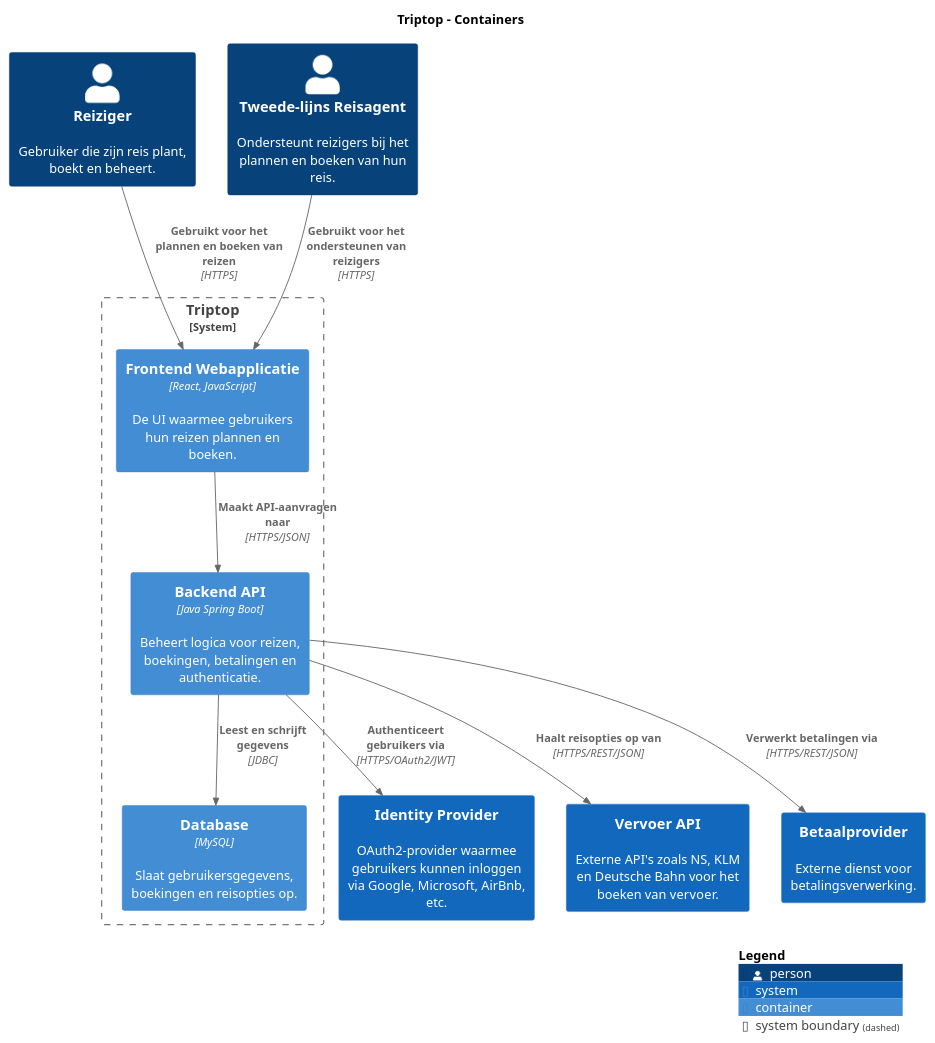
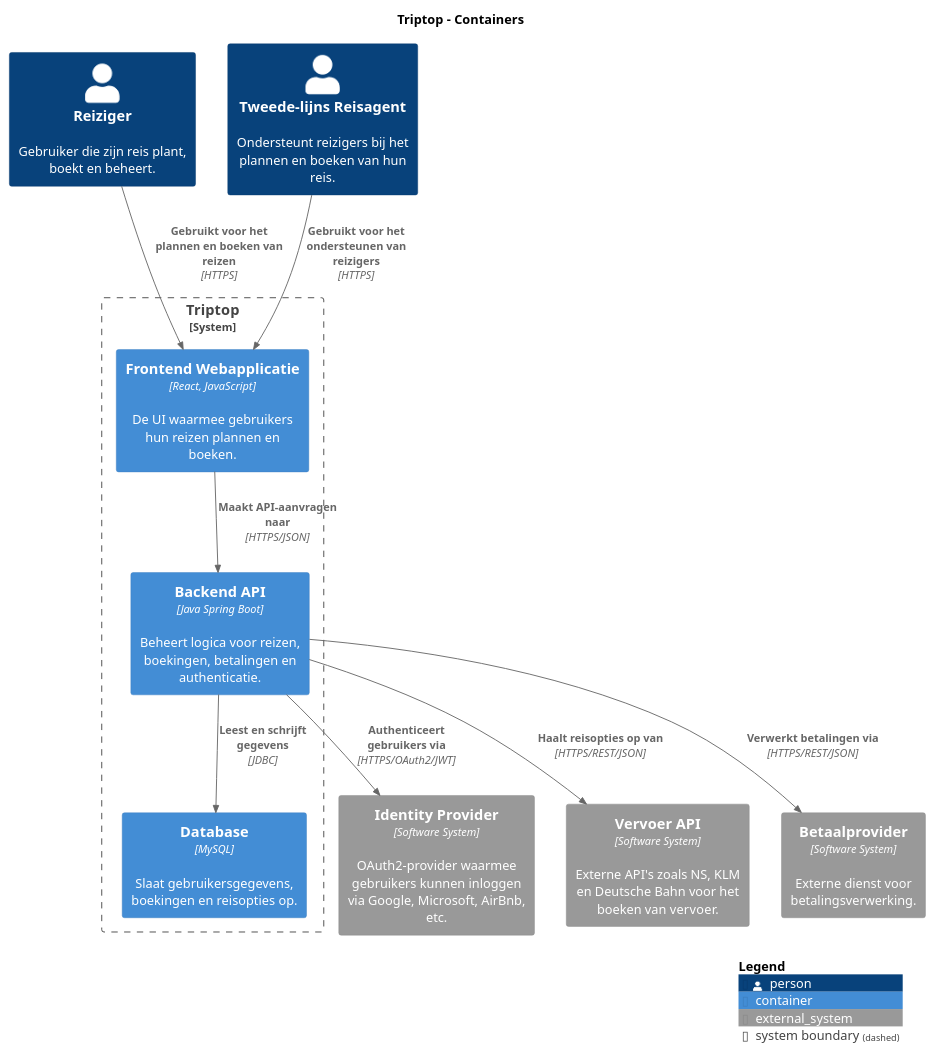
The diagram in software-guidebook/FlightOffers.plantuml (AIM-ENE-feb25/triptop-groep-3-pedro-ramon-mees), drawn with PlantUML before and after one commit.

Commit message:
Update FlightOffers.plantuml
Replaced system with external systems

```diff
--- a/software-guidebook/FlightOffers.plantuml
+++ b/software-guidebook/FlightOffers.plantuml
@@ -1,32 +1,32 @@
 @startuml
 set separator none
 title Triptop - Containers
 
 top to bottom direction
 
 !include <C4/C4>
 !include <C4/C4_Context>
 !include <C4/C4_Container>
 
 Person(Reiziger, "Reiziger", $descr="Gebruiker die zijn reis plant, boekt en beheert.", $tags="", $link="")
 Person(TweedelijnsReisagent, "Tweede-lijns Reisagent", $descr="Ondersteunt reizigers bij het plannen en boeken van hun reis.", $tags="", $link="")
-System(IdentityProvider, "Identity Provider", $descr="OAuth2-provider waarmee gebruikers kunnen inloggen via Google, Microsoft, AirBnb, etc.", $tags="", $link="")
-System(VervoerAPI, "Vervoer API", $descr="Externe API's zoals NS, KLM en Deutsche Bahn voor het boeken van vervoer.", $tags="", $link="")
-System(Betaalprovider, "Betaalprovider", $descr="Externe dienst voor betalingsverwerking.", $tags="", $link="")
+System_Ext(IdentityProvider, "Identity Provider", $descr="OAuth2-provider waarmee gebruikers kunnen inloggen via Google, Microsoft, AirBnb, etc.", $type="Software System", $tags="", $link="")
+System_Ext(VervoerAPI, "Vervoer API", $descr="Externe API's zoals NS, KLM en Deutsche Bahn voor het boeken van vervoer.", $type="Software System", $tags="", $link="")
+System_Ext(Betaalprovider, "Betaalprovider", $descr="Externe dienst voor betalingsverwerking.", $type="Software System",$tags="", $link="")
 
 System_Boundary("Triptop_boundary", "Triptop", $tags="") {
   Container(Triptop.FrontendWebapplicatie, "Frontend Webapplicatie", $techn="React, JavaScript", $descr="De UI waarmee gebruikers hun reizen plannen en boeken.", $tags="", $link="")
   Container(Triptop.BackendAPI, "Backend API", $techn="Java Spring Boot", $descr="Beheert logica voor reizen, boekingen, betalingen en authenticatie.", $tags="", $link="")
   Container(Triptop.Database, "Database", $techn="MySQL", $descr="Slaat gebruikersgegevens, boekingen en reisopties op.", $tags="", $link="")
 }
 
 Rel(Reiziger, Triptop.FrontendWebapplicatie, "Gebruikt voor het plannen en boeken van reizen", $techn="HTTPS", $tags="", $link="")
 Rel(TweedelijnsReisagent, Triptop.FrontendWebapplicatie, "Gebruikt voor het ondersteunen van reizigers", $techn="HTTPS", $tags="", $link="")
 Rel(Triptop.FrontendWebapplicatie, Triptop.BackendAPI, "Maakt API-aanvragen naar", $techn="HTTPS/JSON", $tags="", $link="")
 Rel(Triptop.BackendAPI, Triptop.Database, "Leest en schrijft gegevens", $techn="JDBC", $tags="", $link="")
 Rel(Triptop.BackendAPI, IdentityProvider, "Authenticeert gebruikers via", $techn="HTTPS/OAuth2/JWT", $tags="", $link="")
 Rel(Triptop.BackendAPI, VervoerAPI, "Haalt reisopties op van", $techn="HTTPS/REST/JSON", $tags="", $link="")
 Rel(Triptop.BackendAPI, Betaalprovider, "Verwerkt betalingen via", $techn="HTTPS/REST/JSON", $tags="", $link="")
 
 SHOW_LEGEND(true)
 @enduml
```
